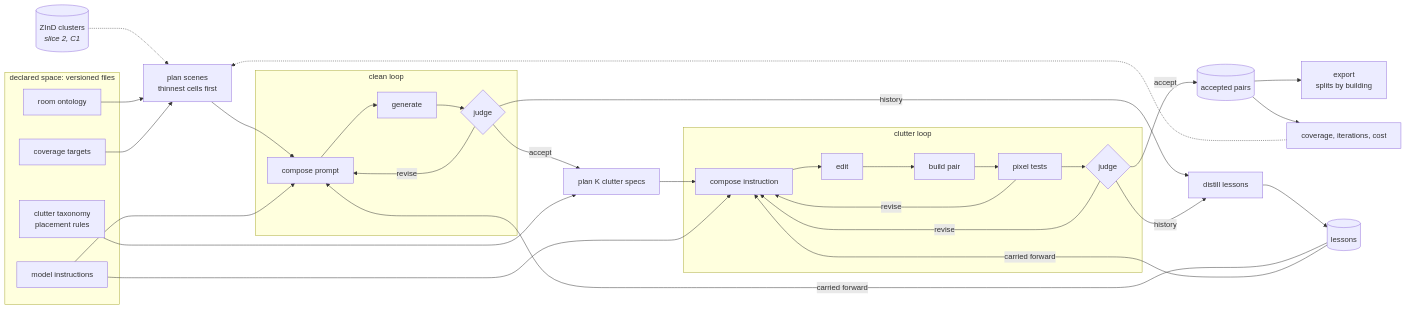
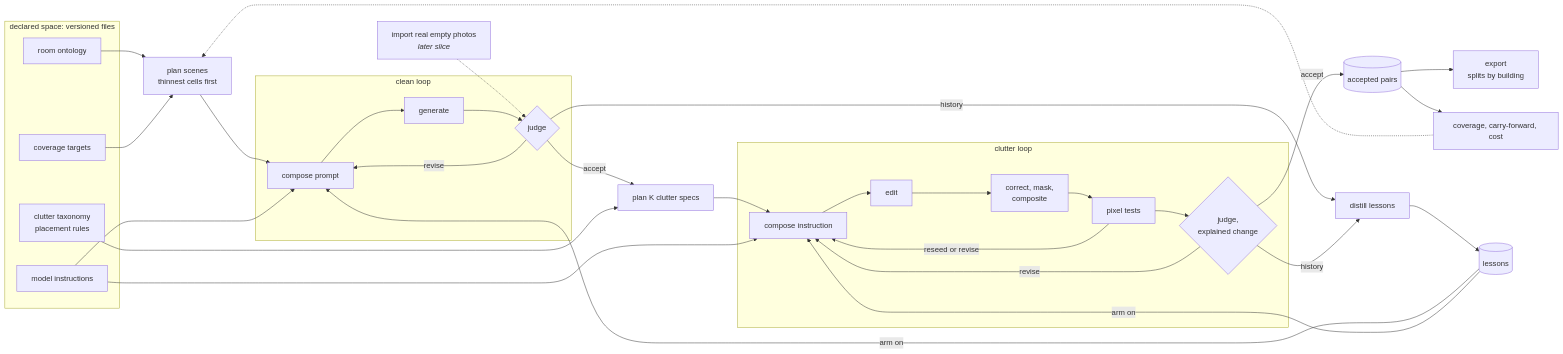
One commit to intent-graph/ai_tooling changed the first of 2 diagrams in clutter_pairs/design/README.md. Above: the diagram before and after it, drawn with Mermaid. The commit also changed other lines of this file and 10 other files, not shown here.

````diff
--- a/clutter_pairs/design/README.md
+++ b/clutter_pairs/design/README.md
@@ -120,35 +116,35 @@
 ```mermaid
 flowchart LR
   subgraph SPACE[declared space: versioned files]
     ON[room ontology]
     TX[clutter taxonomy<br/>placement rules]
     TG[coverage targets]
     INS[model instructions]
   end
-  ZI[(ZInD clusters<br/><i>slice 2, C1</i>)] -.-> PS
+  IMP[import real empty photos<br/><i>later slice</i>] -.-> J1
   ON --> PS[plan scenes<br/>thinnest cells first]
   TG --> PS
   PS --> W1
   subgraph LC[clean loop]
     W1[compose prompt] --> G1[generate] --> J1{judge}
     J1 -- revise --> W1
   end
   J1 -- accept --> PC[plan K clutter specs]
   TX --> PC
   PC --> W2
   subgraph LK[clutter loop]
-    W2[compose instruction] --> E2[edit] --> B2[build pair] --> T2[pixel tests] --> J2{judge}
+    W2[compose instruction] --> E2[edit] --> B2[correct, mask,<br/>composite] --> T2[pixel tests] --> J2{judge,<br/>explained change}
     J2 -- revise --> W2
-    T2 -- revise --> W2
+    T2 -- reseed or revise --> W2
   end
   J2 -- accept --> PA[(accepted pairs)]
   J1 -- history --> DL[distill lessons]
   J2 -- history --> DL
   DL --> LS[(lessons)]
-  LS -- carried forward --> W1
-  LS -- carried forward --> W2
+  LS -- arm on --> W1
+  LS -- arm on --> W2
   INS --> W1
   INS --> W2
   PA --> EX[export<br/>splits by building]
-  PA --> RP[coverage, iterations, cost] -.-> PS
+  PA --> RP[coverage, carry-forward, cost] -.-> PS
 ```
````
